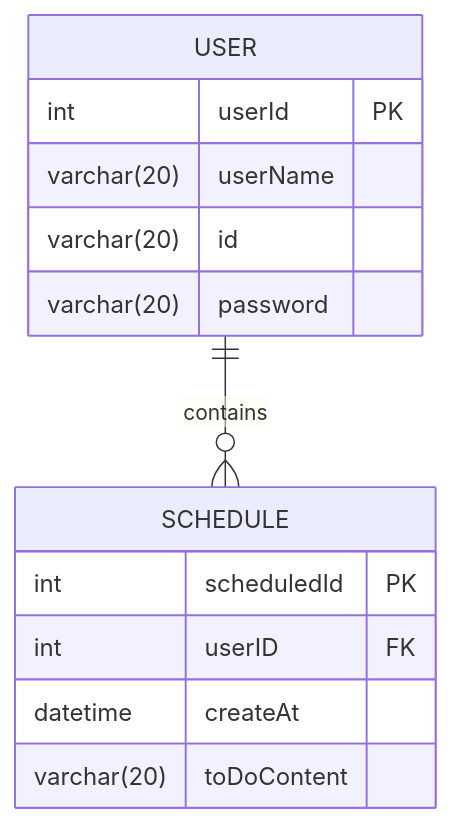
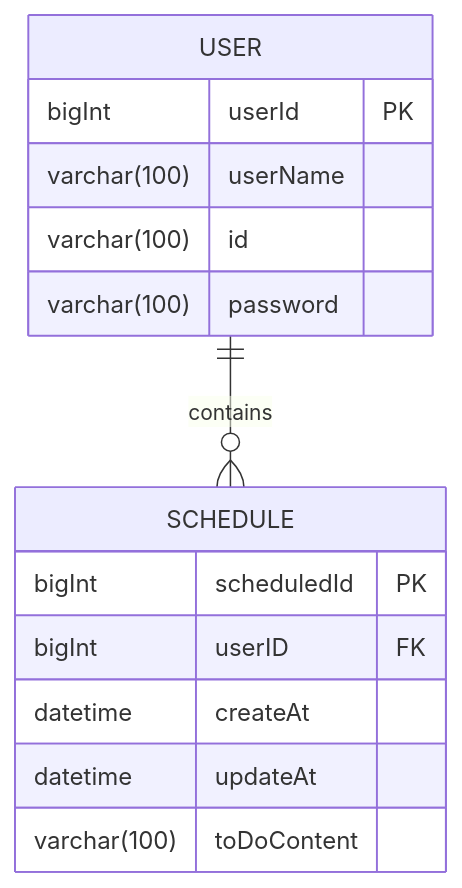
Before and after one commit to kimyongjun0129/schedule_web_project: the diagram in README.md, drawn with Mermaid. The commit also changed 1 other file, not shown here.

Commit message:
int -> bigInt로 변경 & updateAt(수정일) 추가

````diff
--- a/README.md
+++ b/README.md
@@ -11,16 +11,17 @@
 ```mermaid
 erDiagram
     USER ||--o{ SCHEDULE : contains
     USER {
-        int userId PK
-        varchar(20) userName
-        varchar(20) id
-        varchar(20) password
+        bigInt userId PK
+        varchar(100) userName
+        varchar(100) id
+        varchar(100) password
     }
     SCHEDULE {
-        int scheduledId PK
-        int userID FK
+        bigInt scheduledId PK
+        bigInt userID FK
         datetime createAt
-        varchar(20) toDoContent
+        datetime updateAt
+        varchar(100) toDoContent
     }
 ```
````
